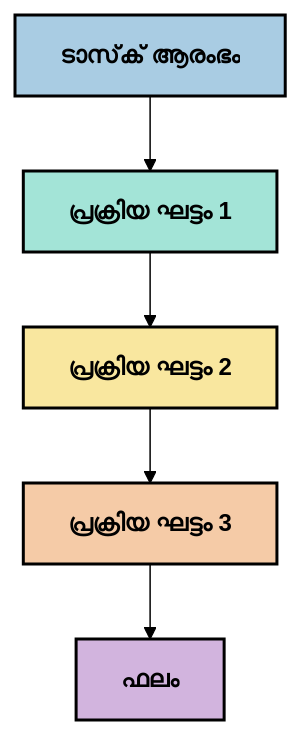
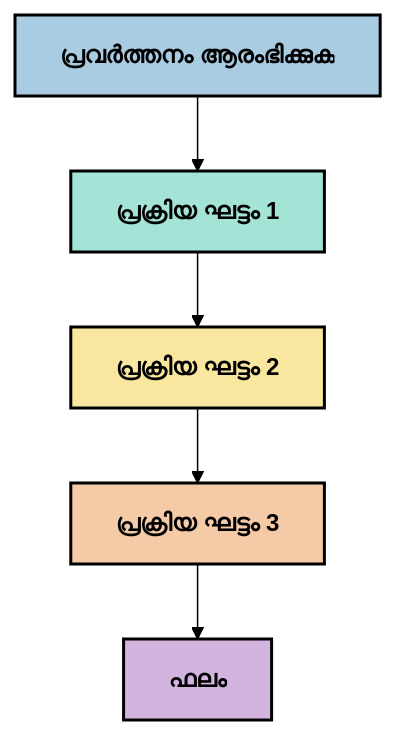
Before and after one commit to HIDORAKAI002/ai-workspace-archive: the third of 6 diagrams in mcp_ecosystem__model_context_protocol/mcp_learning_resources/mcp-for-beginners/translations/ml/05-AdvancedTopics/mcp-contextengineering/README.md, drawn with Mermaid (forest theme). The commit also changed other lines of this file and 1046 other files, not shown here.

````diff
--- a/mcp_ecosystem__model_context_protocol/mcp_learning_resources/mcp-for-beginners/translations/ml/05-AdvancedTopics/mcp-contextengineering/README.md
+++ b/mcp_ecosystem__model_context_protocol/mcp_learning_resources/mcp-for-beginners/translations/ml/05-AdvancedTopics/mcp-contextengineering/README.md
@@ -161,13 +165,13 @@
 ```mermaid
 graph TD
-    A[ടാസ്‌ക് ആരംഭം] --> B[പ്രക്രിയ ഘട്ടം 1]
+    A[പ്രവർത്തനം ആരംഭിക്കുക] --> B[പ്രക്രിയ ഘട്ടം 1]
     B --> C[പ്രക്രിയ ഘട്ടം 2]
     C --> D[പ്രക്രിയ ഘട്ടം 3]
     D --> E[ഫലം]
     
     style A fill:#A9CCE3,stroke:#000000,stroke-width:2px,color:#000000,font-weight:bold
     style B fill:#A3E4D7,stroke:#000000,stroke-width:2px,color:#000000,font-weight:bold
     style C fill:#F9E79F,stroke:#000000,stroke-width:2px,color:#000000,font-weight:bold
     style D fill:#F5CBA7,stroke:#000000,stroke-width:2px,color:#000000,font-weight:bold
     style E fill:#D2B4DE,stroke:#000000,stroke-width:2px,color:#000000,font-weight:bold
-```  
+```
````
